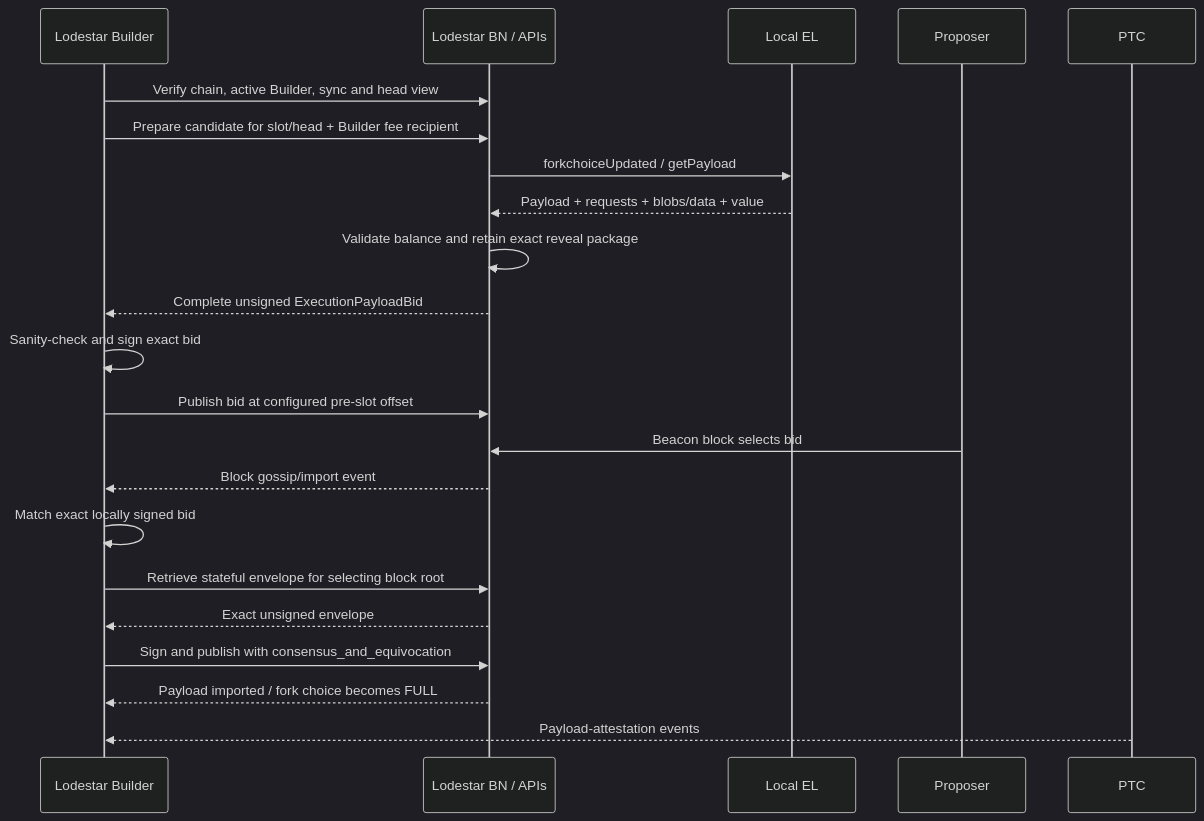
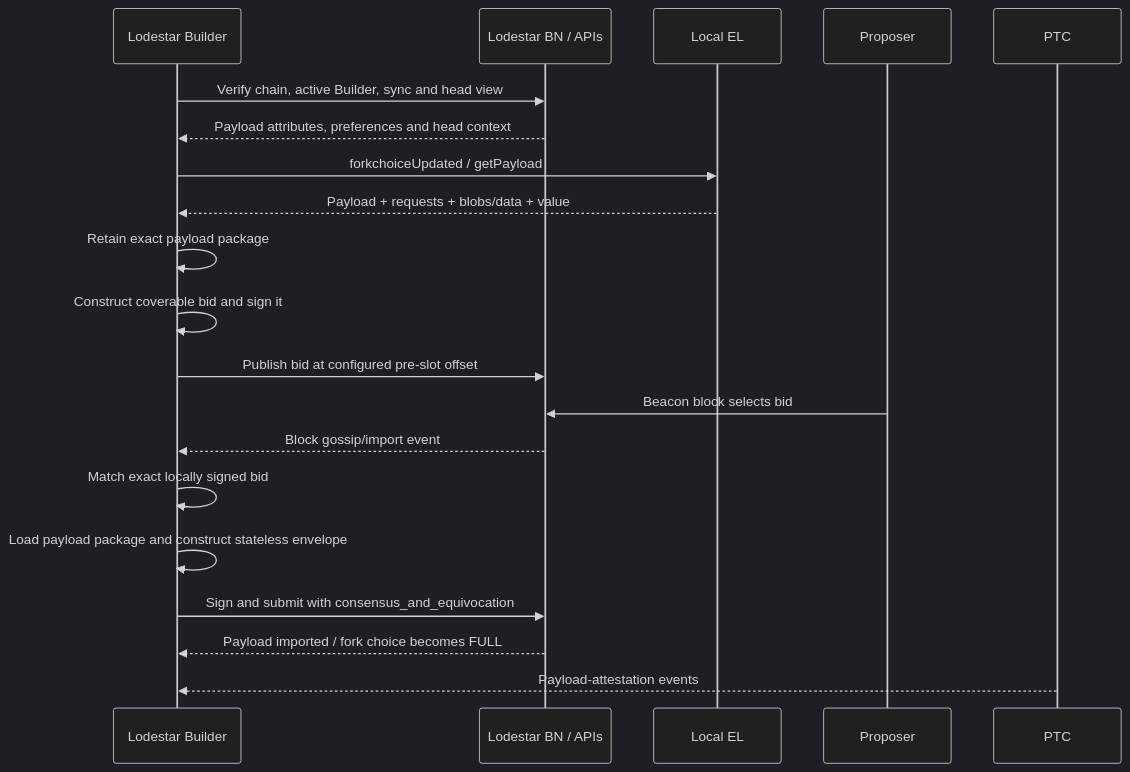
One commit to krisoshea-eth/lodestar-eip-7732-builder-docs changed the second of 4 diagrams in docs/living-technical-note.md. Above: the diagram before and after it, drawn with Mermaid (dark theme). The commit also changed other lines of this file and 3 other files, not shown here.

````diff
--- a/docs/living-technical-note.md
+++ b/docs/living-technical-note.md
@@ -453,25 +453,23 @@
 ```mermaid
 sequenceDiagram
     participant B as Lodestar Builder
     participant BN as Lodestar BN / APIs
     participant EL as Local EL
     participant P as Proposer
     participant PTC as PTC
 
     B->>BN: Verify chain, active Builder, sync and head view
-    B->>BN: Prepare candidate for slot/head + Builder fee recipient
-    BN->>EL: forkchoiceUpdated / getPayload
-    EL-->>BN: Payload + requests + blobs/data + value
-    BN->>BN: Validate balance and retain exact reveal package
-    BN-->>B: Complete unsigned ExecutionPayloadBid
-    B->>B: Sanity-check and sign exact bid
+    BN-->>B: Payload attributes, preferences and head context
+    B->>EL: forkchoiceUpdated / getPayload
+    EL-->>B: Payload + requests + blobs/data + value
+    B->>B: Retain exact payload package
+    B->>B: Construct coverable bid and sign it
     B->>BN: Publish bid at configured pre-slot offset
     P->>BN: Beacon block selects bid
     BN-->>B: Block gossip/import event
     B->>B: Match exact locally signed bid
-    B->>BN: Retrieve stateful envelope for selecting block root
-    BN-->>B: Exact unsigned envelope
-    B->>BN: Sign and publish with consensus_and_equivocation
+    B->>B: Load payload package and construct stateless envelope
+    B->>BN: Sign and submit with consensus_and_equivocation
     BN-->>B: Payload imported / fork choice becomes FULL
     PTC-->>B: Payload-attestation events
 ```
````
